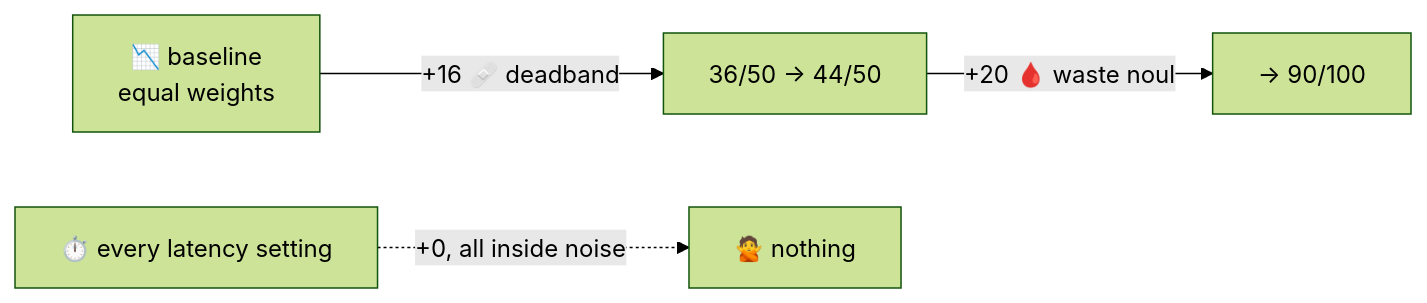
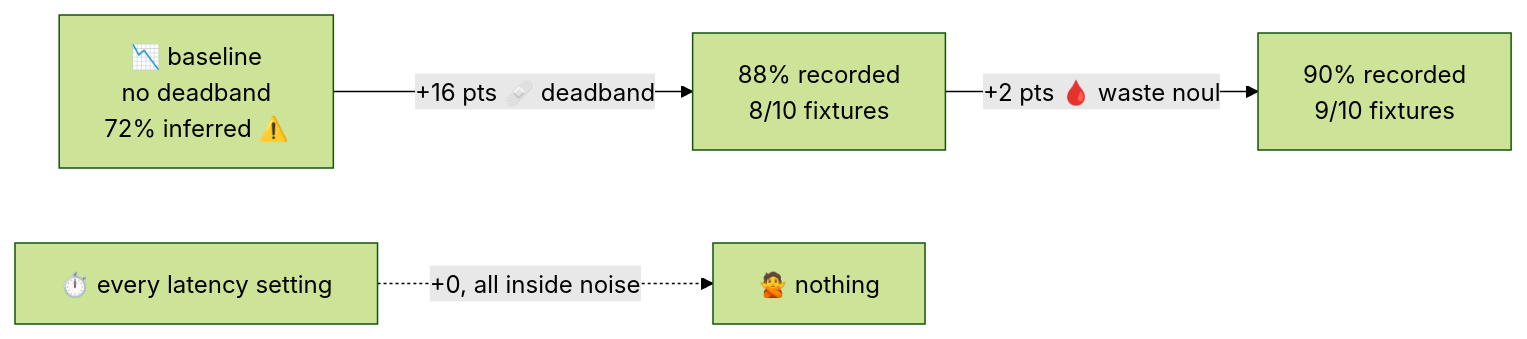
The diagram in SWEEP-FINDINGS.md (shoemoney/jev-the-spire2), drawn with Mermaid (forest theme) before and after one commit. The commit also changed other lines of this file and 1 other file, not shown here.

````diff
--- a/SWEEP-FINDINGS.md
+++ b/SWEEP-FINDINGS.md
@@ -33,6 +80,6 @@
 ```mermaid
 flowchart LR
-    B["📉 baseline<br/>equal weights"] -->|"+16 🩹 deadband"| D["36/50 → 44/50"]
-    D -->|"+20 🩸 waste noul"| W["→ 90/100"]
+    B["📉 baseline<br/>no deadband<br/>72% inferred ⚠️"] -->|"+16 pts 🩹 deadband"| D["88% recorded<br/>8/10 fixtures"]
+    D -->|"+2 pts 🩸 waste noul"| W["90% recorded<br/>9/10 fixtures"]
     L["⏱️ every latency setting"] -.->|"+0, all inside noise"| N["🙅 nothing"]
 ```
````
